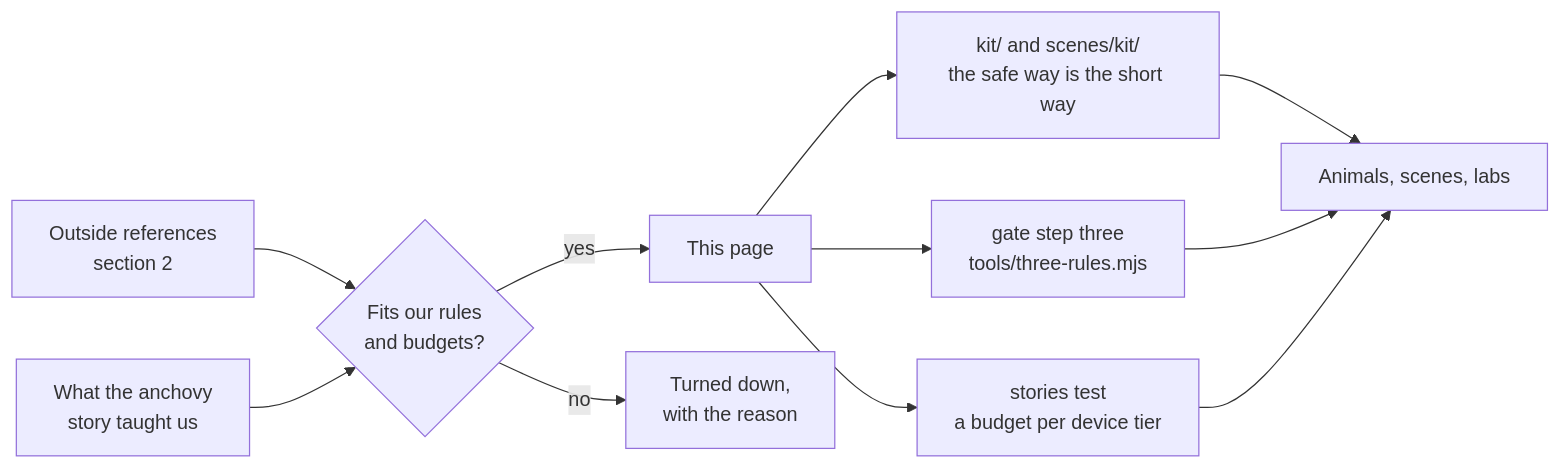
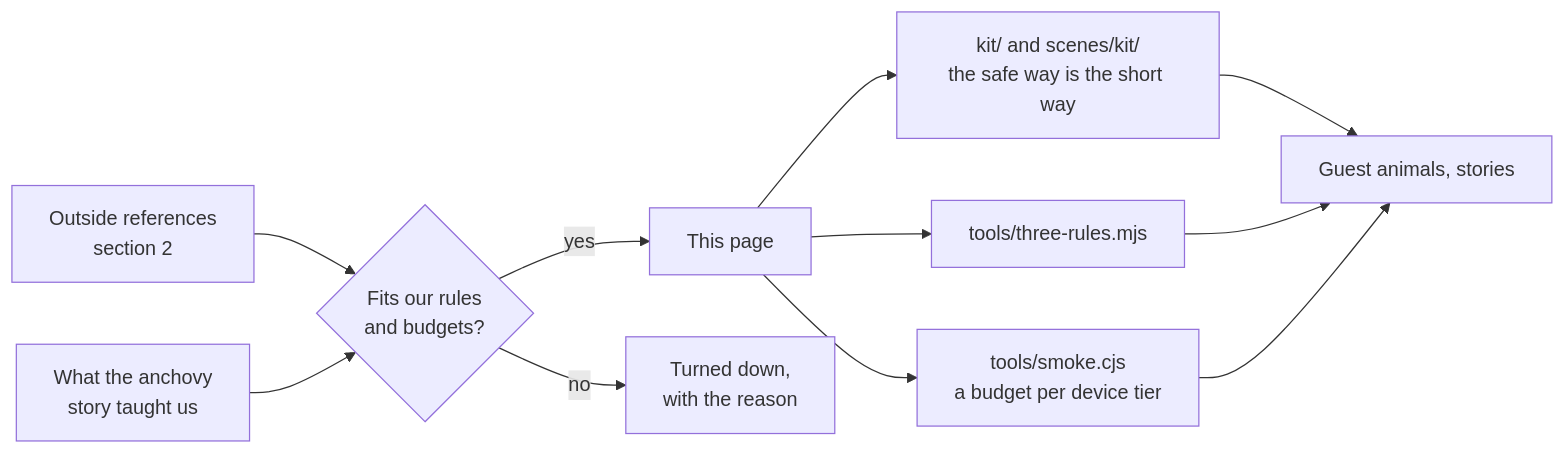
One commit to KeithMoc/big-blue-tales changed the diagram in docs/THREEJS.md. Above: the diagram before and after it, drawn with Mermaid. The commit also changed other lines of this file and 54 other files, not shown here.

````diff
--- a/docs/THREEJS.md
+++ b/docs/THREEJS.md
@@ -14,13 +13,13 @@
 ```mermaid
 flowchart LR
   ref[Outside references<br/>section 2] --> review{Fits our rules<br/>and budgets?}
   learned[What the anchovy<br/>story taught us] --> review
   review -- yes --> std[This page]
   review -- no --> no[Turned down,<br/>with the reason]
   std --> kit[kit/ and scenes/kit/<br/>the safe way is the short way]
-  std --> gate[gate step three<br/>tools/three-rules.mjs]
-  std --> tiers[stories test<br/>a budget per device tier]
-  kit --> work[Animals, scenes, labs]
-  gate --> work
+  std --> rules[tools/three-rules.mjs]
+  std --> tiers[tools/smoke.cjs<br/>a budget per device tier]
+  kit --> work[Guest animals, stories]
+  rules --> work
   tiers --> work
 ```
````
